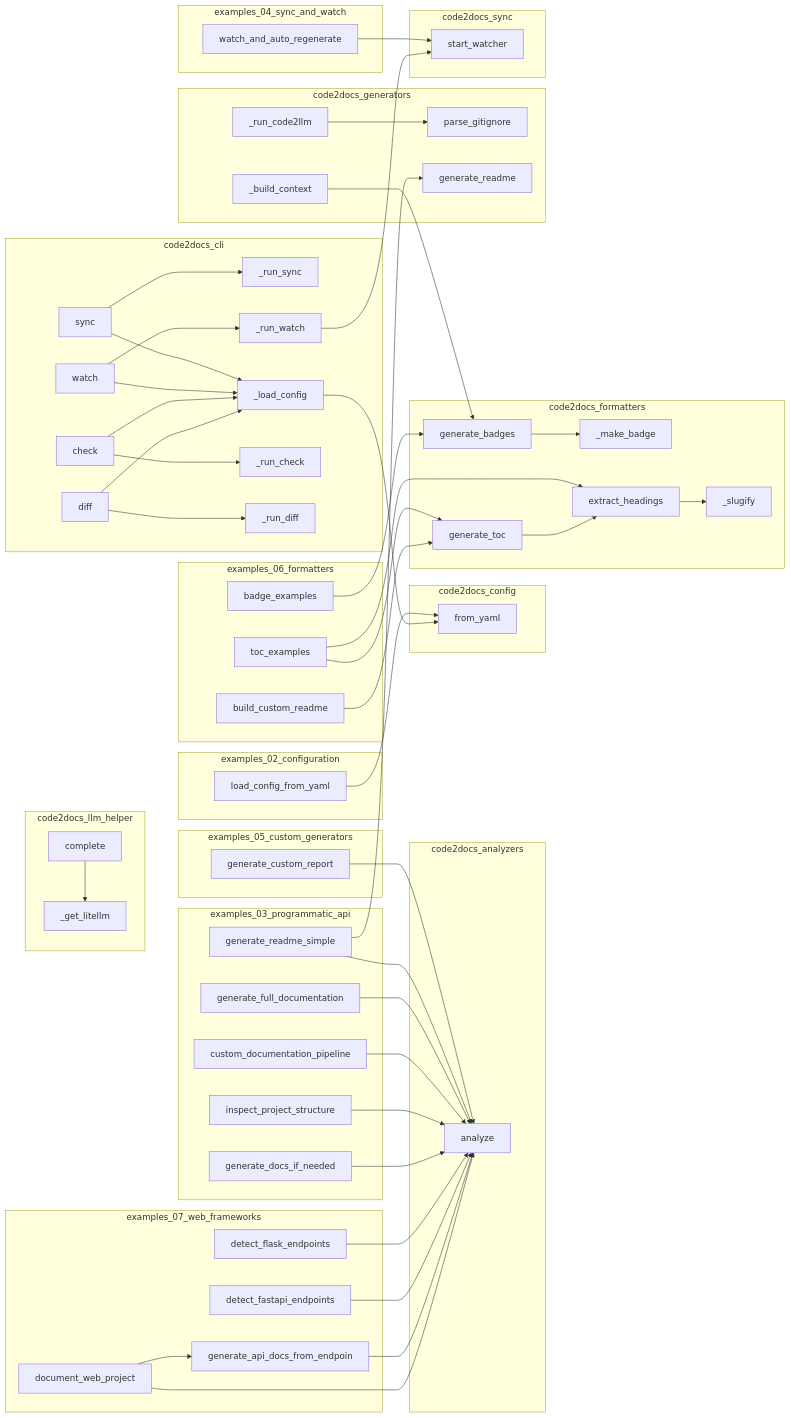
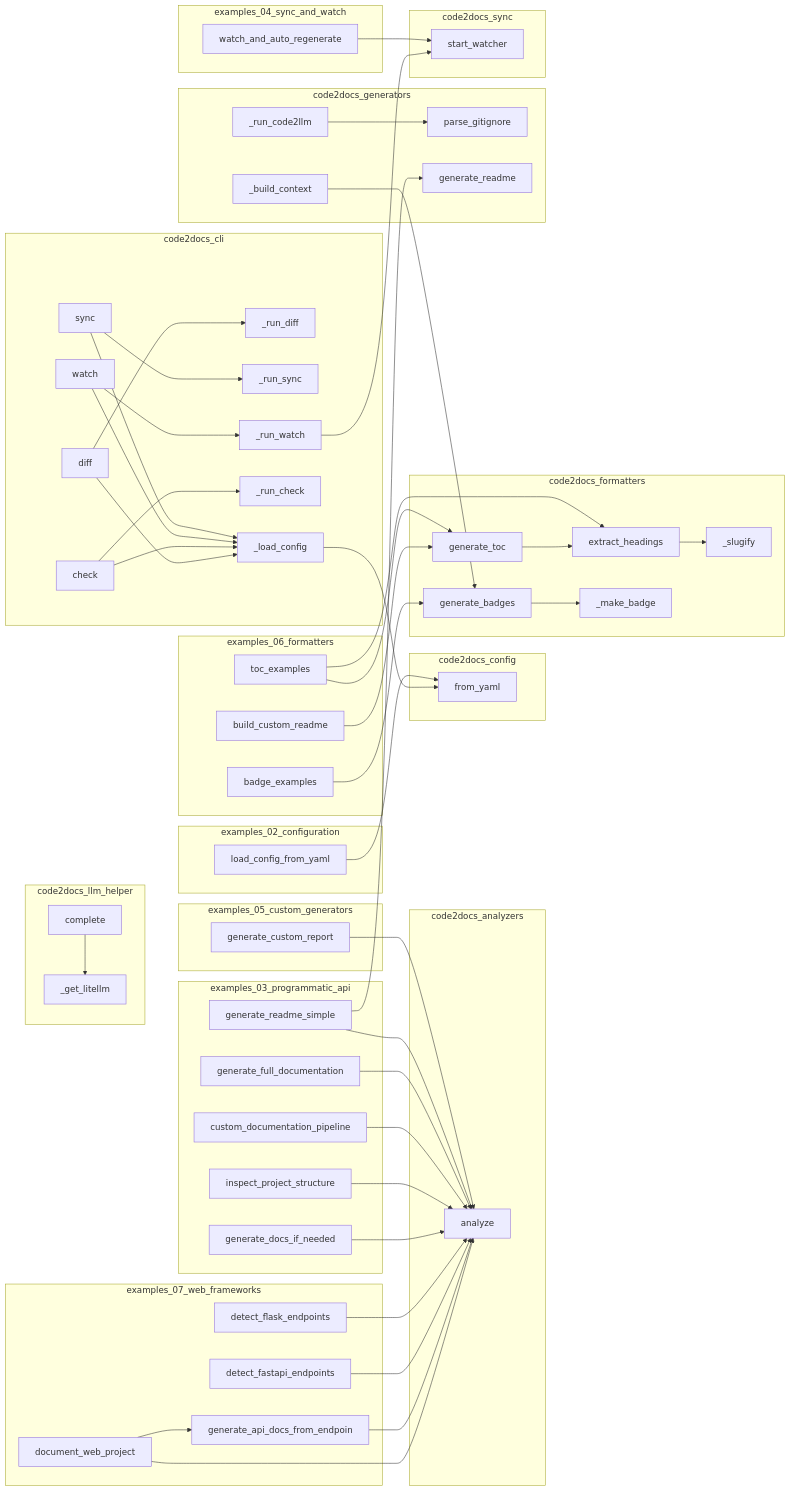
The diagram in project/calls.mmd (wronai/code2docs), drawn with Mermaid before and after one commit. The commit also changed other lines of this file and 16 other files, not shown here.

```diff
--- a/project/calls.mmd
+++ b/project/calls.mmd
@@ -1,99 +1,99 @@
 flowchart LR
     subgraph code2docs_analyzers
         code2docs__analyze["analyze"]
     end
     subgraph code2docs_cli
+        code2docs__cli___run_diff["_run_diff"]
         code2docs__cli___run_sync["_run_sync"]
+        code2docs__cli__watch["watch"]
+        code2docs__cli___load_config["_load_config"]
+        code2docs__cli___run_check["_run_check"]
+        code2docs__cli__diff["diff"]
+        code2docs__cli__check["check"]
         code2docs__cli__sync["sync"]
         code2docs__cli___run_watch["_run_watch"]
-        code2docs__cli___load_config["_load_config"]
-        code2docs__cli__diff["diff"]
-        code2docs__cli__check["check"]
-        code2docs__cli__watch["watch"]
-        code2docs__cli___run_check["_run_check"]
-        code2docs__cli___run_diff["_run_diff"]
     end
     subgraph code2docs_config
         code2docs__config__Code2DocsConfig__from_yaml["from_yaml"]
     end
     subgraph code2docs_formatters
-        code2docs__formatters__badges___make_badge["_make_badge"]
-        code2docs__formatters__toc__generate_toc["generate_toc"]
         code2docs__formatters__badges__generate_badges["generate_badges"]
         code2docs__formatters__toc___slugify["_slugify"]
         code2docs__formatters__toc__extract_headings["extract_headings"]
+        code2docs__formatters__toc__generate_toc["generate_toc"]
+        code2docs__formatters__badges___make_badge["_make_badge"]
     end
     subgraph code2docs_generators
+        code2docs__parse_gitignore["parse_gitignore"]
         code2docs___run_code2llm["_run_code2llm"]
+        code2docs__generators__readme_gen__generate_readme["generate_readme"]
         code2docs___build_context["_build_context"]
-        code2docs__parse_gitignore["parse_gitignore"]
-        code2docs__generators__readme_gen__generate_readme["generate_readme"]
     end
     subgraph code2docs_llm_helper
+        code2docs__llm_helper___get_litellm["_get_litellm"]
         code2docs__llm_helper__LLMHelper__complete["complete"]
-        code2docs__llm_helper___get_litellm["_get_litellm"]
     end
     subgraph code2docs_sync
         code2docs__sync__watcher__start_watcher["start_watcher"]
     end
     subgraph examples_02_configuration
         examples__02_configuration__load_config_from_yaml["load_config_from_yaml"]
     end
     subgraph examples_03_programmatic_api
-        examples__generate_readme_simple["generate_readme_simple"]
-        examples__generate_docs_if_needed["generate_docs_if_needed"]
         examples__inspect_project_structure["inspect_project_structure"]
         examples__generate_full_documentation["generate_full_documentation"]
+        examples__generate_readme_simple["generate_readme_simple"]
         examples__custom_documentation_pipeline["custom_documentation_pipeline"]
+        examples__generate_docs_if_needed["generate_docs_if_needed"]
     end
     subgraph examples_04_sync_and_watch
         examples__watch_and_auto_regenerate["watch_and_auto_regenerate"]
     end
     subgraph examples_05_custom_generators
         examples__generate_custom_report["generate_custom_report"]
     end
     subgraph examples_06_formatters
+        examples__06_formatters__toc_examples["toc_examples"]
         examples__06_formatters__badge_examples["badge_examples"]
         examples__06_formatters__build_custom_readme["build_custom_readme"]
-        examples__06_formatters__toc_examples["toc_examples"]
     end
     subgraph examples_07_web_frameworks
+        examples__07_web_frameworks__document_web_project["document_web_project"]
         examples__detect_flask_endpoints["detect_flask_endpoints"]
         examples__detect_fastapi_endpoints["detect_fastapi_endpoints"]
         examples__generate_api_docs_from_endpoints["generate_api_docs_from_endpoin"]
-        examples__07_web_frameworks__document_web_project["document_web_project"]
     end
     code2docs__llm_helper__LLMHelper__complete --> code2docs__llm_helper___get_litellm
     examples__watch_and_auto_regenerate --> code2docs__sync__watcher__start_watcher
     examples__generate_custom_report --> code2docs__analyze
     examples__06_formatters__badge_examples --> code2docs__formatters__badges__generate_badges
     examples__06_formatters__toc_examples --> code2docs__formatters__toc__generate_toc
     examples__06_formatters__toc_examples --> code2docs__formatters__toc__extract_headings
     examples__06_formatters__build_custom_readme --> code2docs__formatters__toc__generate_toc
     examples__generate_readme_simple --> code2docs__analyze
     examples__generate_readme_simple --> code2docs__generators__readme_gen__generate_readme
     examples__generate_full_documentation --> code2docs__analyze
     examples__custom_documentation_pipeline --> code2docs__analyze
     examples__inspect_project_structure --> code2docs__analyze
     examples__generate_docs_if_needed --> code2docs__analyze
     examples__detect_flask_endpoints --> code2docs__analyze
     examples__detect_fastapi_endpoints --> code2docs__analyze
     examples__generate_api_docs_from_endpoints --> code2docs__analyze
     examples__07_web_frameworks__document_web_project --> code2docs__analyze
     examples__07_web_frameworks__document_web_project --> examples__generate_api_docs_from_endpoints
     examples__02_configuration__load_config_from_yaml --> code2docs__config__Code2DocsConfig__from_yaml
     code2docs__formatters__badges__generate_badges --> code2docs__formatters__badges___make_badge
     code2docs__formatters__toc__generate_toc --> code2docs__formatters__toc__extract_headings
     code2docs__formatters__toc__extract_headings --> code2docs__formatters__toc___slugify
     code2docs___run_code2llm --> code2docs__parse_gitignore
     code2docs___build_context --> code2docs__formatters__badges__generate_badges
     code2docs__cli__sync --> code2docs__cli___load_config
     code2docs__cli__sync --> code2docs__cli___run_sync
     code2docs__cli__watch --> code2docs__cli___load_config
     code2docs__cli__watch --> code2docs__cli___run_watch
     code2docs__cli__check --> code2docs__cli___load_config
     code2docs__cli__check --> code2docs__cli___run_check
     code2docs__cli__diff --> code2docs__cli___load_config
     code2docs__cli__diff --> code2docs__cli___run_diff
     code2docs__cli___load_config --> code2docs__config__Code2DocsConfig__from_yaml
     code2docs__cli___run_watch --> code2docs__sync__watcher__start_watcher
```
